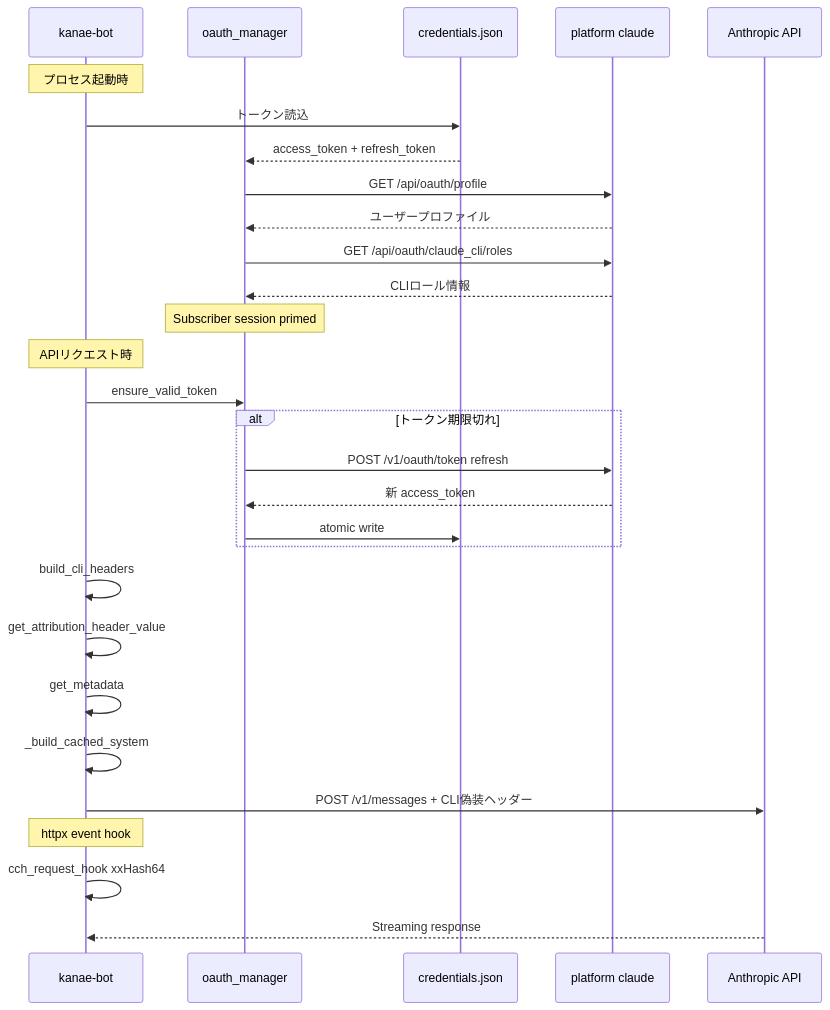
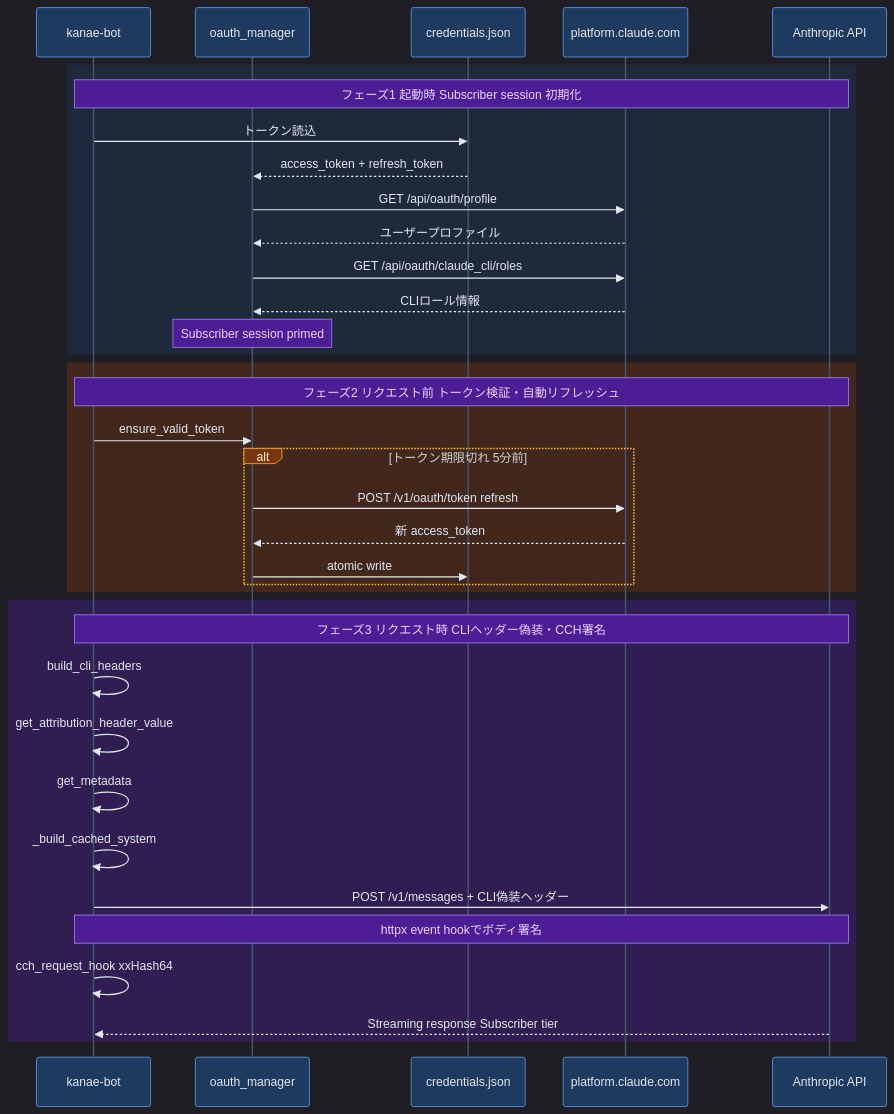
Before and after one commit to haroin57/haroin57.com: the third of 6 diagrams in content/products/discord-bot.md, drawn with Mermaid.

Commit message:
fix: Layer 3認証チェーンを3フェーズで色分け装飾
起動時(青)/リクエスト前(橙)/リクエスト時(紫)の3フェーズを
rect with background colorで視覚的に区分。
participant・signal・noteの色もテーマ変数で統一。

````diff
--- a/content/products/discord-bot.md
+++ b/content/products/discord-bot.md
@@ -651,37 +651,62 @@
 ```mermaid
+---
+config:
+  theme: dark
+  themeVariables:
+    fontSize: 16px
+    actorBkg: '#1e3a5f'
+    actorBorder: '#60a5fa'
+    actorTextColor: '#e2e8f0'
+    actorLineColor: '#475569'
+    signalColor: '#e2e8f0'
+    signalTextColor: '#e2e8f0'
+    labelBoxBkgColor: '#78350f'
+    labelBoxBorderColor: '#fbbf24'
+    labelTextColor: '#fef3c7'
+    noteBkgColor: '#4c1d95'
+    noteTextColor: '#e9d5ff'
+    noteBorderColor: '#a78bfa'
+    activationBkgColor: '#5eead4'
+---
 sequenceDiagram
     participant Bot as kanae-bot
     participant OAuth as oauth_manager
     participant Creds as credentials.json
-    participant Platform as platform claude
+    participant Platform as platform.claude.com
     participant API as Anthropic API
 
-    Note over Bot: プロセス起動時
-    Bot->>Creds: トークン読込
-    Creds-->>OAuth: access_token + refresh_token
-    OAuth->>Platform: GET /api/oauth/profile
-    Platform-->>OAuth: ユーザープロファイル
-    OAuth->>Platform: GET /api/oauth/claude_cli/roles
-    Platform-->>OAuth: CLIロール情報
-    Note over OAuth: Subscriber session primed
-
-    Note over Bot: APIリクエスト時
-    Bot->>OAuth: ensure_valid_token
-    alt トークン期限切れ
-        OAuth->>Platform: POST /v1/oauth/token refresh
-        Platform-->>OAuth: 新 access_token
-        OAuth->>Creds: atomic write
+    rect rgba(30, 58, 95, 0.4)
+        Note over Bot,API: フェーズ1 起動時 Subscriber session 初期化
+        Bot->>Creds: トークン読込
+        Creds-->>OAuth: access_token + refresh_token
+        OAuth->>Platform: GET /api/oauth/profile
+        Platform-->>OAuth: ユーザープロファイル
+        OAuth->>Platform: GET /api/oauth/claude_cli/roles
+        Platform-->>OAuth: CLIロール情報
+        Note over OAuth: Subscriber session primed
     end
 
-    Bot->>Bot: build_cli_headers
-    Bot->>Bot: get_attribution_header_value
-    Bot->>Bot: get_metadata
-    Bot->>Bot: _build_cached_system
+    rect rgba(120, 53, 15, 0.4)
+        Note over Bot,API: フェーズ2 リクエスト前 トークン検証・自動リフレッシュ
+        Bot->>OAuth: ensure_valid_token
+        alt トークン期限切れ 5分前
+            OAuth->>Platform: POST /v1/oauth/token refresh
+            Platform-->>OAuth: 新 access_token
+            OAuth->>Creds: atomic write
+        end
+    end
 
-    Bot->>API: POST /v1/messages + CLI偽装ヘッダー
+    rect rgba(76, 29, 149, 0.4)
+        Note over Bot,API: フェーズ3 リクエスト時 CLIヘッダー偽装・CCH署名
+        Bot->>Bot: build_cli_headers
+        Bot->>Bot: get_attribution_header_value
+        Bot->>Bot: get_metadata
+        Bot->>Bot: _build_cached_system
 
-    Note over Bot: httpx event hook
-    Bot->>Bot: cch_request_hook xxHash64
+        Bot->>API: POST /v1/messages + CLI偽装ヘッダー
+        Note over Bot,API: httpx event hookでボディ署名
+        Bot->>Bot: cch_request_hook xxHash64
 
-    API-->>Bot: Streaming response
+        API-->>Bot: Streaming response Subscriber tier
+    end
 ```
````
